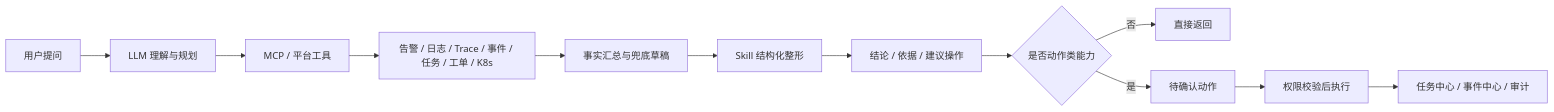
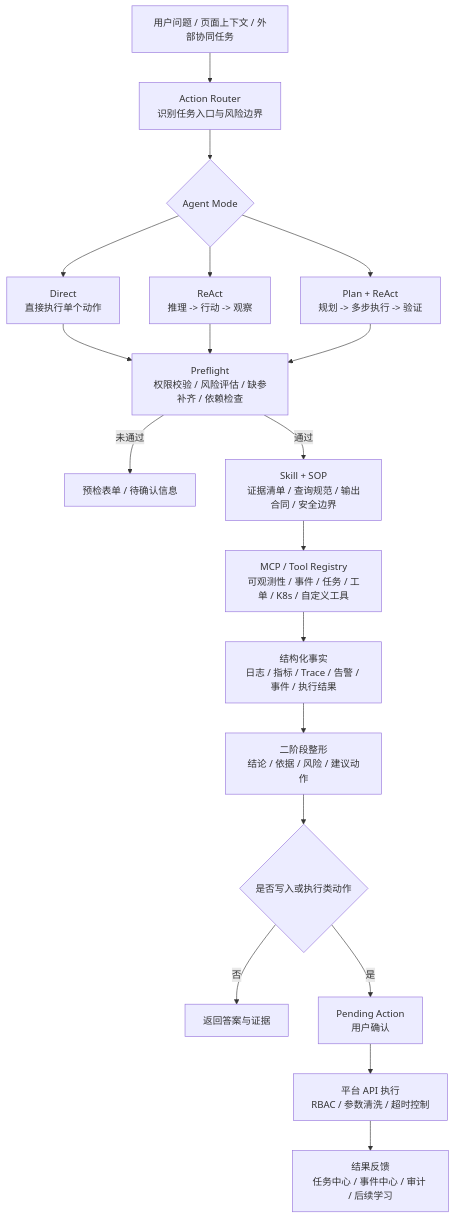
Before and after one commit to pingod/sxdevops: the first of 2 diagrams in README.md, drawn with Mermaid. The commit also changed other lines of this file, not shown here.

Commit message:
docs: expand agent workflow mechanism

````diff
--- a/README.md
+++ b/README.md
@@ -77,14 +79,23 @@
 ```mermaid
-flowchart LR
-    question["用户提问"] --> plan["LLM 理解与规划"]
-    plan --> tools["MCP / 平台工具"]
-    tools --> facts["告警 / 日志 / Trace / 事件 / 任务 / 工单 / K8s"]
-    facts --> summary["事实汇总与兜底草稿"]
-    summary --> skill["Skill 结构化整形"]
-    skill --> answer["结论 / 依据 / 建议操作"]
-    answer --> action{"是否动作类能力"}
-    action -->|否| done["直接返回"]
-    action -->|是| confirm["待确认动作"]
-    confirm --> execute["权限校验后执行"]
-    execute --> audit["任务中心 / 事件中心 / 审计"]
+flowchart TB
+    input["用户问题 / 页面上下文 / 外部协同任务"] --> router["Action Router<br/>识别任务入口与风险边界"]
+    router --> mode{"Agent Mode"}
+    mode --> direct["Direct<br/>直接执行单个动作"]
+    mode --> react["ReAct<br/>推理 -> 行动 -> 观察"]
+    mode --> plan["Plan + ReAct<br/>规划 -> 多步执行 -> 验证"]
+
+    direct --> preflight["Preflight<br/>权限校验 / 风险评估 / 缺参补齐 / 依赖检查"]
+    react --> preflight
+    plan --> preflight
+
+    preflight -->|未通过| form["预检表单 / 待确认信息"]
+    preflight -->|通过| skill["Skill + SOP<br/>证据清单 / 查询规范 / 输出合同 / 安全边界"]
+    skill --> mcp["MCP / Tool Registry<br/>可观测性 / 事件 / 任务 / 工单 / K8s / 自定义工具"]
+    mcp --> facts["结构化事实<br/>日志 / 指标 / Trace / 告警 / 事件 / 执行结果"]
+    facts --> answer["二阶段整形<br/>结论 / 依据 / 风险 / 建议动作"]
+    answer --> action{"是否写入或执行类动作"}
+    action -->|否| done["返回答案与证据"]
+    action -->|是| confirm["Pending Action<br/>用户确认"]
+    confirm --> execute["平台 API 执行<br/>RBAC / 参数清洗 / 超时控制"]
+    execute --> feedback["结果反馈<br/>任务中心 / 事件中心 / 审计 / 后续学习"]
 ```
````
